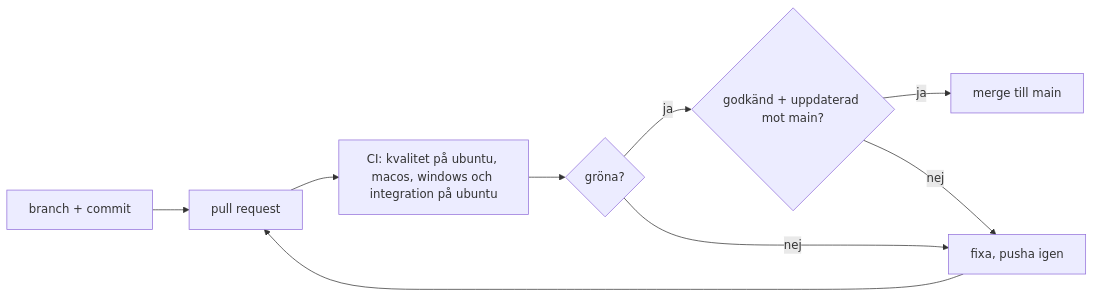
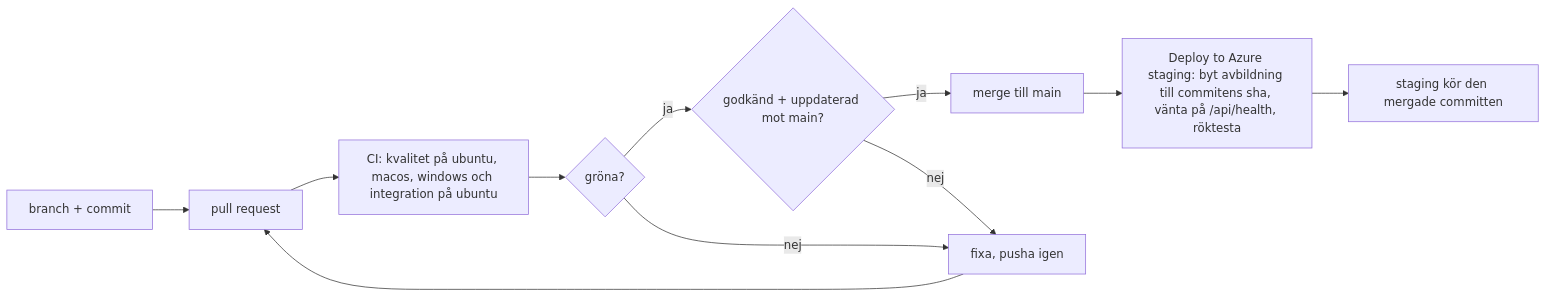
Before and after one commit to Jesper-beep/utpost-vue: the diagram in docs/pipeline.md, drawn with Mermaid. The commit also changed other lines of this file and 8 other files, not shown here.

Commit message:
Steg 4 och 5 - Staging i Azure och jobbet Deploy

````diff
--- a/docs/pipeline.md
+++ b/docs/pipeline.md
@@ -5,11 +5,13 @@
 ```mermaid
 flowchart LR
   B[branch + commit] --> PR[pull request]
   PR --> CI[CI: kvalitet på ubuntu, macos, windows och integration på ubuntu]
   CI --> S{gröna?}
   S -->|ja| G{godkänd + uppdaterad mot main?}
   S -->|nej| F[fixa, pusha igen]
   F --> PR
   G -->|ja| M[merge till main]
   G -->|nej| F
+  M --> D[Deploy to Azure staging: byt avbildning till commitens sha, vänta på /api/health, röktesta]
+  D --> ST[staging kör den mergade committen]
 ```
````
